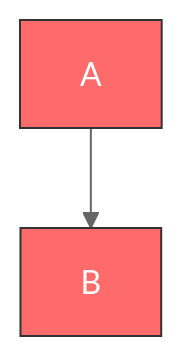
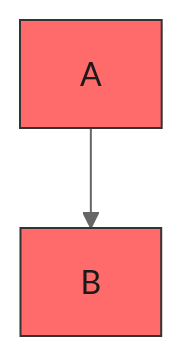
The first of 13 diagrams in skills/mermaid-diagrams/references/theming.md (costa-marcello/repertoire), drawn with Mermaid before and after one commit. The commit also changed other lines of this file and 12 other files, not shown here.

First line of the commit message:
Fix mermaid-diagrams examples that broke its own rules

````diff
--- a/skills/mermaid-diagrams/references/theming.md
+++ b/skills/mermaid-diagrams/references/theming.md
@@ -22,15 +22,15 @@
 ```mermaid
 ---
 config:
   theme: base
   themeVariables:
     primaryColor: "#ff6b6b"
-    primaryTextColor: "#fff"
+    primaryTextColor: "#1a1a1a"
     primaryBorderColor: "#333"
     lineColor: "#666"
     secondaryColor: "#4ecdc4"
     tertiaryColor: "#ffe66d"
 ---
 flowchart TD
     A --> B
 ```
````
